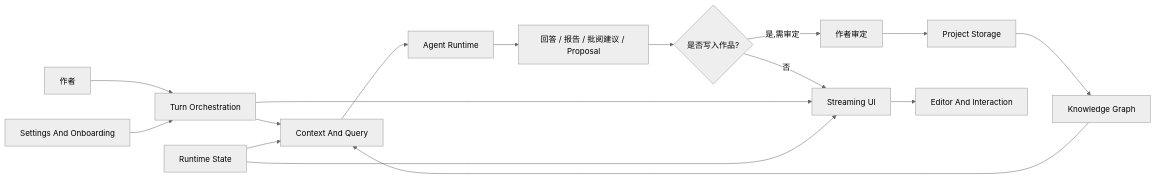
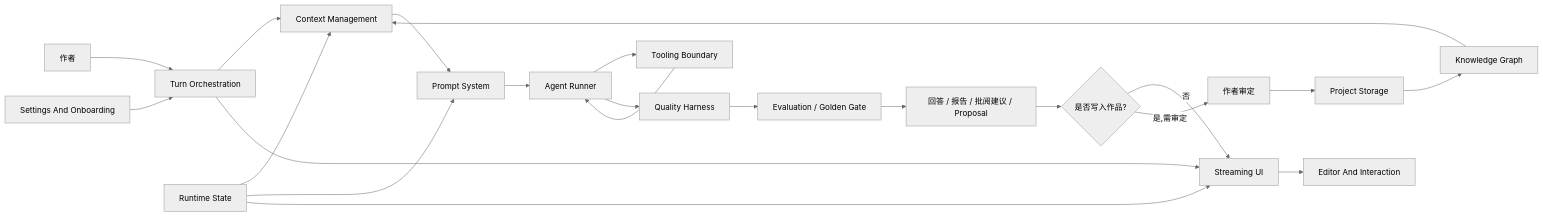
Before and after one commit to jinhuang712/open-novel: the first of 3 diagrams in spec/S00-system-contract.md, drawn with Mermaid (neutral theme). The commit also changed other lines of this file and 65 other files, not shown here.

````diff
--- a/spec/S00-system-contract.md
+++ b/spec/S00-system-contract.md
@@ -11,18 +11,24 @@
 ```mermaid
 flowchart LR
   Author[作者] --> Turn[Turn Orchestration]
-  Turn --> Context[Context And Query]
-  Context --> Agent[Agent Runtime]
-  Agent --> Draft[回答 / 报告 / 批阅建议 / Proposal]
+  Turn --> Context[Context Management]
+  Context --> Prompt[Prompt System]
+  Prompt --> Agent[Agent Runner]
+  Agent --> Tools[Tooling Boundary]
+  Tools --> Agent
+  Agent --> Harness[Quality Harness]
+  Harness --> Eval[Evaluation / Golden Gate]
+  Eval --> Draft[回答 / 报告 / 批阅建议 / Proposal]
   Draft --> Approval{是否写入作品?}
   Approval -->|否| Stream[Streaming UI]
   Approval -->|是,需审定| Decision[作者审定]
   Decision --> Storage[Project Storage]
   Storage --> KG[Knowledge Graph]
   KG --> Context
   Turn --> Stream
   Stream --> Editor[Editor And Interaction]
   Settings[Settings And Onboarding] --> Turn
   Runtime[Runtime State] --> Context
+  Runtime --> Prompt
   Runtime --> Stream
 ```
````
